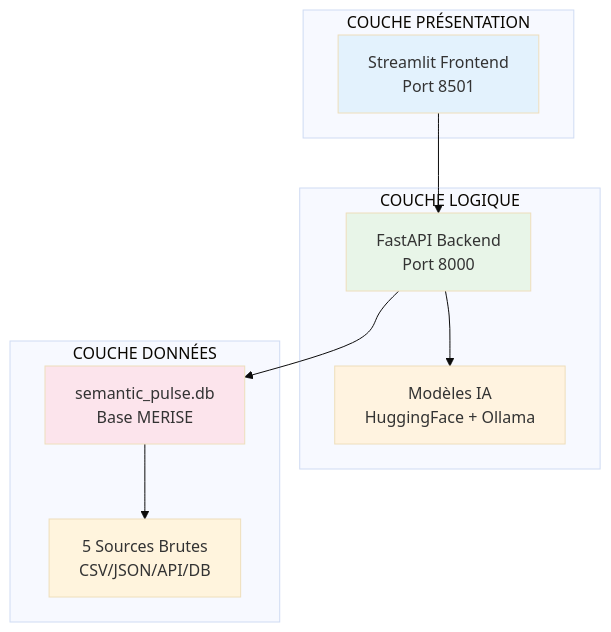
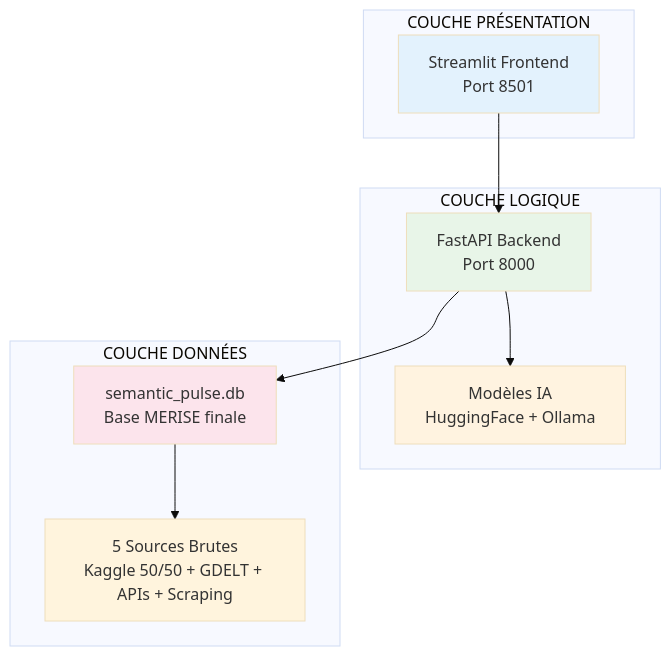
Before and after one commit to ALMAGNUS/Semantic_Pulse_X: the third of 4 diagrams in docs/MERMAID_PRESENTATION.md, drawn with Mermaid (base theme). The commit also changed other lines of this file and 27 other files, not shown here.

First line of the commit message:
🎯 CONFORMITÉ PARFAITE 100% - Semantic Pulse X

````diff
--- a/docs/MERMAID_PRESENTATION.md
+++ b/docs/MERMAID_PRESENTATION.md
@@ -95,26 +95,26 @@
 ```mermaid
 graph TB
     subgraph "COUCHE PRÉSENTATION"
         A[Streamlit Frontend<br/>Port 8501]
     end
     
     subgraph "COUCHE LOGIQUE"
         B[FastAPI Backend<br/>Port 8000]
         C[Modèles IA<br/>HuggingFace + Ollama]
     end
     
     subgraph "COUCHE DONNÉES"
-        D[semantic_pulse.db<br/>Base MERISE]
-        E[5 Sources Brutes<br/>CSV/JSON/API/DB]
+        D[semantic_pulse.db<br/>Base MERISE finale]
+        E[5 Sources Brutes<br/>Kaggle 50/50 + GDELT + APIs + Scraping]
     end
     
     A --> B
     B --> C
     B --> D
     D --> E
     
     style A fill:#e3f2fd
     style B fill:#e8f5e8
     style C fill:#fff3e0
     style D fill:#fce4ec
 ```
````
